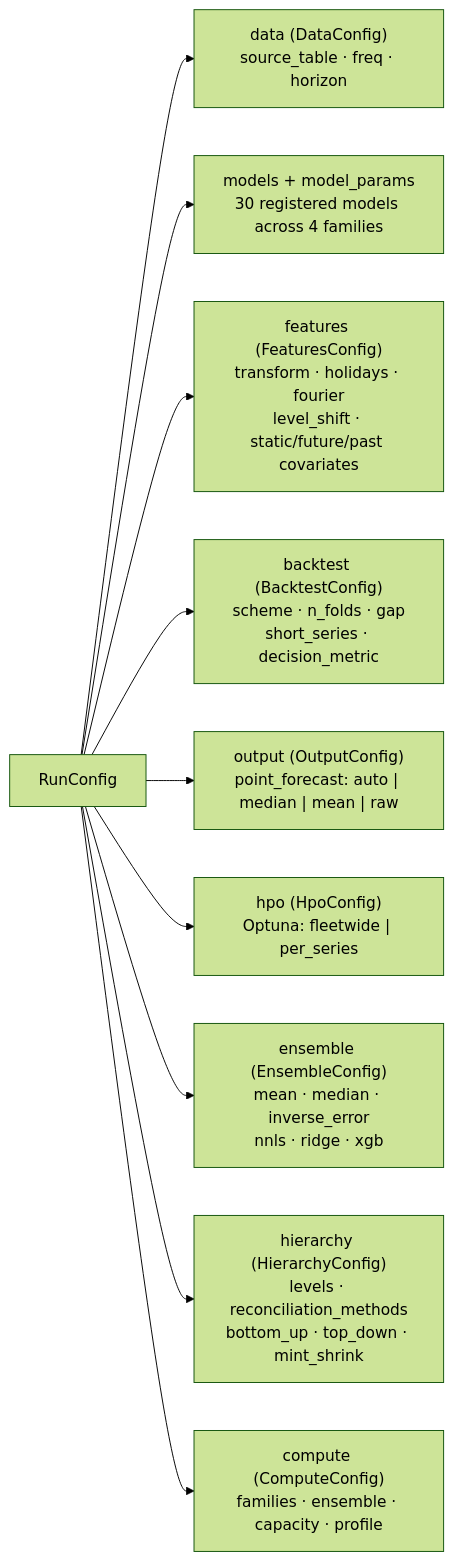
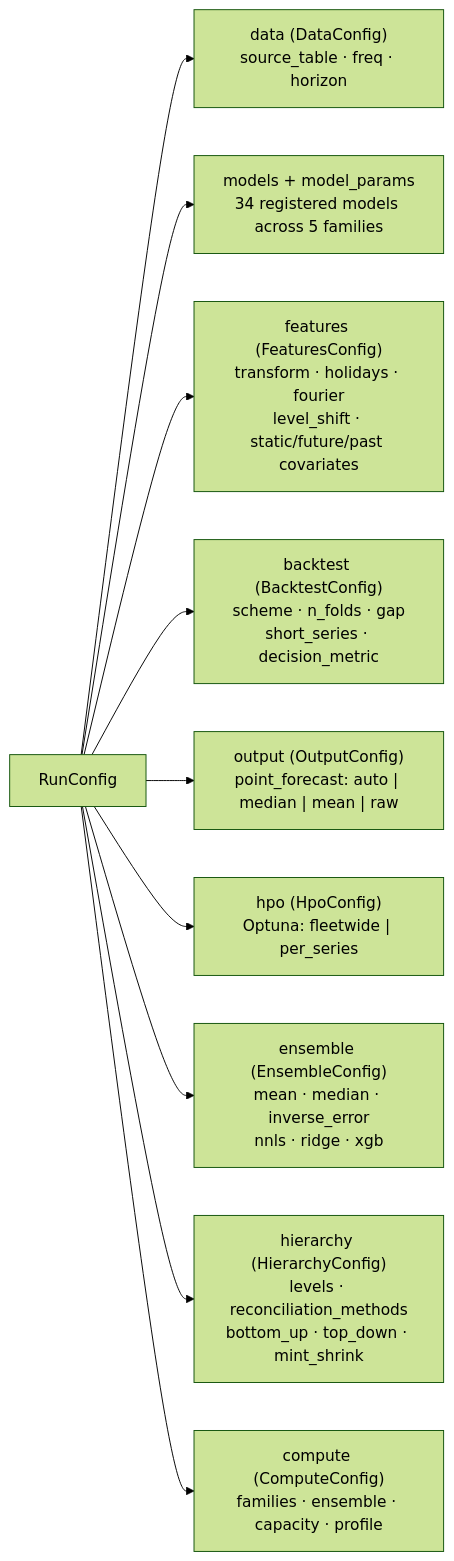
The diagram in docs/configuration_reference.md (statmike/scale-forecasting), drawn with Mermaid (forest theme) before and after one commit. The commit also changed other lines of this file and 102 other files, not shown here.

````diff
--- a/docs/configuration_reference.md
+++ b/docs/configuration_reference.md
@@ -36,12 +36,12 @@
 ```mermaid
 flowchart LR
-    RunCfg["RunConfig"] --> Data["data (DataConfig)\nsource_table · freq · horizon"]
-    RunCfg --> Models["models + model_params\n30 registered models across 4 families"]
-    RunCfg --> Feat["features (FeaturesConfig)\ntransform · holidays · fourier\nlevel_shift · static/future/past covariates"]
-    RunCfg --> BT["backtest (BacktestConfig)\nscheme · n_folds · gap\nshort_series · decision_metric"]
-    RunCfg --> Out["output (OutputConfig)\npoint_forecast: auto | median | mean | raw"]
-    RunCfg --> HPO["hpo (HpoConfig)\nOptuna: fleetwide | per_series"]
-    RunCfg --> Ens["ensemble (EnsembleConfig)\nmean · median · inverse_error\nnnls · ridge · xgb"]
-    RunCfg --> Hier["hierarchy (HierarchyConfig)\nlevels · reconciliation_methods\nbottom_up · top_down · mint_shrink"]
-    RunCfg --> Comp["compute (ComputeConfig)\nfamilies · ensemble · capacity · profile"]
+    RunCfg["RunConfig"] --> Data["data (DataConfig)<br/>source_table · freq · horizon"]
+    RunCfg --> Models["models + model_params<br/>34 registered models across 5 families"]
+    RunCfg --> Feat["features (FeaturesConfig)<br/>transform · holidays · fourier<br/>level_shift · static/future/past covariates"]
+    RunCfg --> BT["backtest (BacktestConfig)<br/>scheme · n_folds · gap<br/>short_series · decision_metric"]
+    RunCfg --> Out["output (OutputConfig)<br/>point_forecast: auto | median | mean | raw"]
+    RunCfg --> HPO["hpo (HpoConfig)<br/>Optuna: fleetwide | per_series"]
+    RunCfg --> Ens["ensemble (EnsembleConfig)<br/>mean · median · inverse_error<br/>nnls · ridge · xgb"]
+    RunCfg --> Hier["hierarchy (HierarchyConfig)<br/>levels · reconciliation_methods<br/>bottom_up · top_down · mint_shrink"]
+    RunCfg --> Comp["compute (ComputeConfig)<br/>families · ensemble · capacity · profile"]
 ```
````
